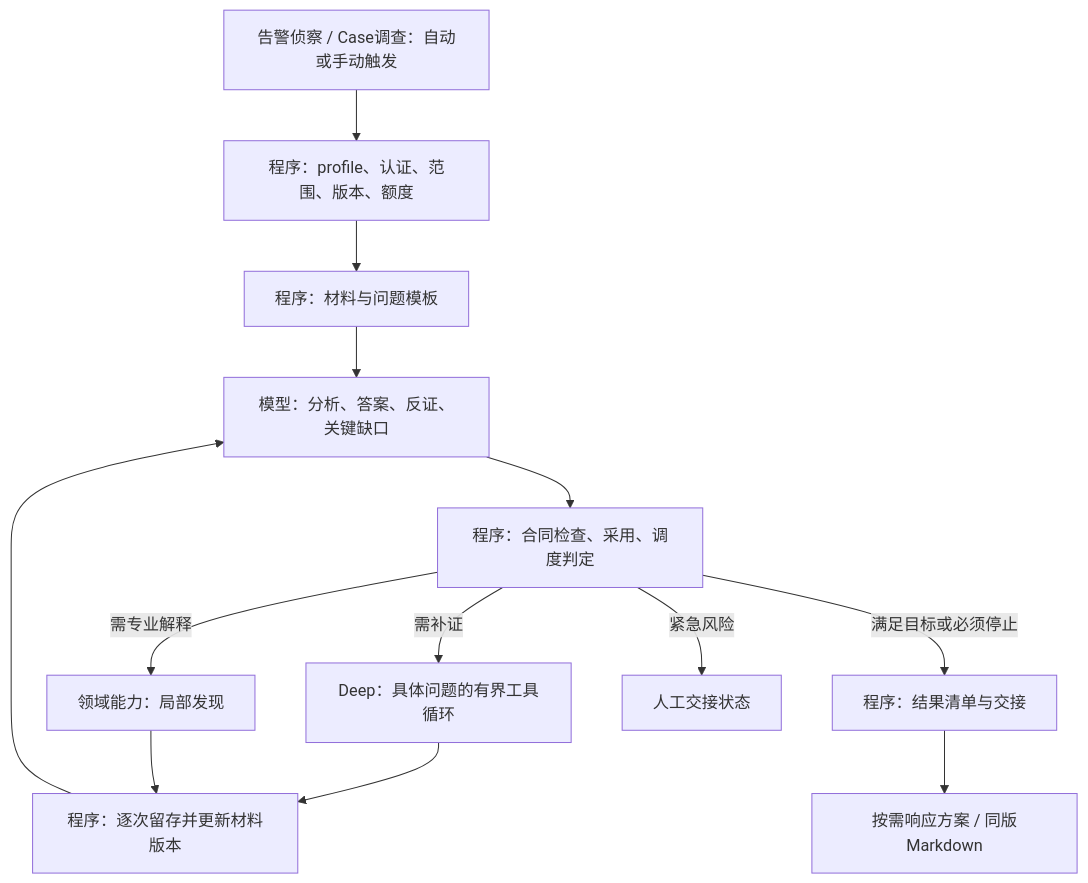
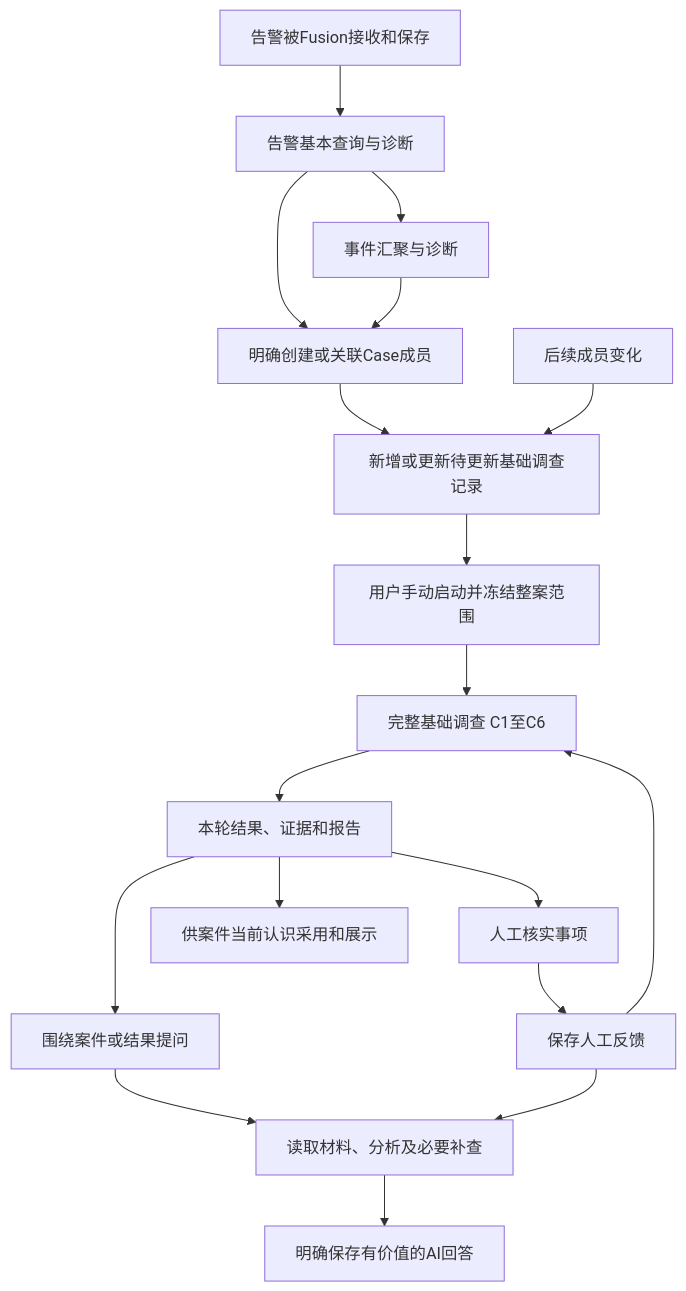
The first of 2 diagrams in docs/architecture/investigation-planning-design.md (Dinines/socai2), drawn with Mermaid before and after one commit. The commit also changed other lines of this file and 1388 other files, not shown here.

````diff
--- a/docs/architecture/investigation-planning-design.md
+++ b/docs/architecture/investigation-planning-design.md
@@ -161,15 +35,20 @@
 ```mermaid
 flowchart TD
-    A[告警侦察 / Case调查：自动或手动触发] --> B[程序：profile、认证、范围、版本、额度]
-    B --> C[程序：材料与问题模板]
-    C --> D[模型：分析、答案、反证、关键缺口]
-    D --> E[程序：合同检查、采用、调度判定]
-    E -->|需补证| F[Deep：具体问题的有界工具循环]
-    E -->|需专业解释| G[领域能力：局部发现]
-    F --> H[程序：逐次留存并更新材料版本]
-    G --> H
-    H --> D
-    E -->|满足目标或必须停止| I[程序：结果清单与交接]
-    I --> J[按需响应方案 / 同版Markdown]
-    E -->|紧急风险| K[人工交接状态]
+    A[告警被Fusion接收和保存] --> B[告警基本查询与诊断]
+    B --> I[事件汇聚与诊断]
+    B --> C[明确创建或关联Case成员]
+    I --> C
+    C --> P[新增或更新待更新基础调查记录]
+    P --> S[用户手动启动并冻结整案范围]
+    S --> F[完整基础调查 C1至C6]
+    F --> R[本轮结果、证据和报告]
+    R --> Q[围绕案件或结果提问]
+    Q --> T[读取材料、分析及必要补查]
+    T --> V[明确保存有价值的AI回答]
+    R --> H[人工核实事项]
+    H --> H1[保存人工反馈]
+    H1 --> T
+    H1 --> F
+    N[后续成员变化] --> P
+    R --> CR[供案件当前认识采用和展示]
 ```
````
